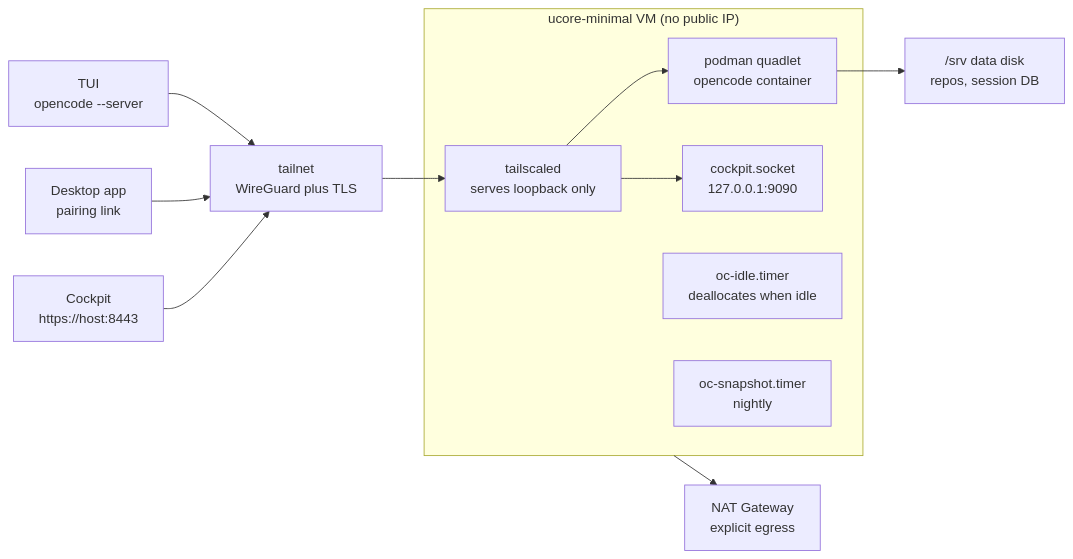
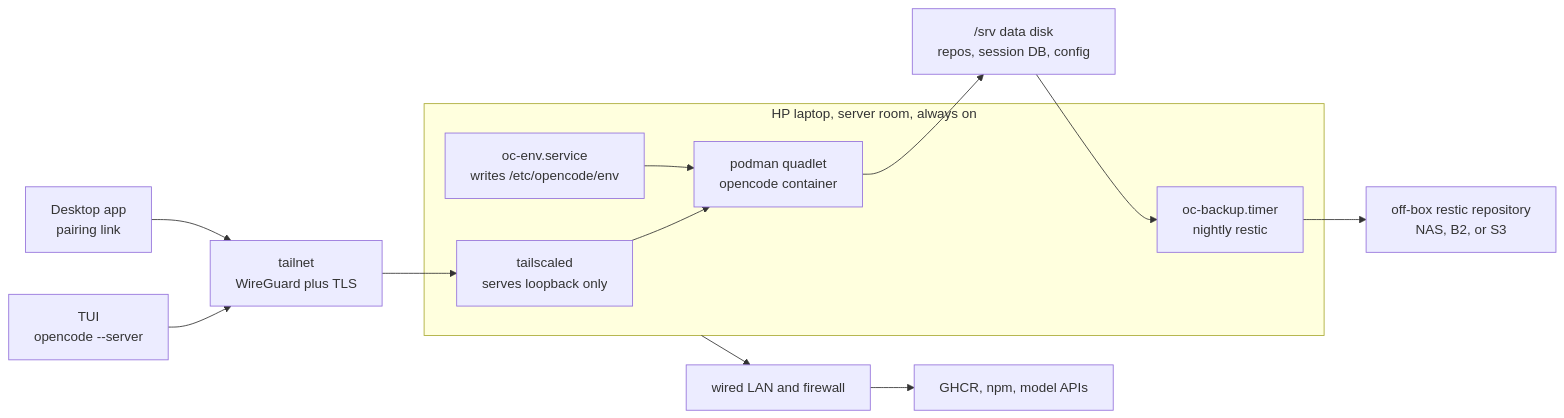
One commit to ultus-net/devbox-oc changed the diagram in README.md. Above: the diagram before and after it, drawn with Mermaid. The commit also changed other lines of this file and 82 other files, not shown here.

````diff
--- a/README.md
+++ b/README.md
@@ -17,18 +22,19 @@
 ```mermaid
 flowchart LR
   TUI["TUI<br/>opencode --server"] --> TN
   DESK["Desktop app<br/>pairing link"] --> TN
-  COCK["Cockpit<br/>https://host:8443"] --> TN
   TN["tailnet<br/>WireGuard plus TLS"] --> HOST
-  subgraph VM["ucore-minimal VM (no public IP)"]
+  subgraph BOX["HP laptop, server room, always on"]
     HOST["tailscaled<br/>serves loopback only"]
     Q["podman quadlet<br/>opencode container"]
-    CP["cockpit.socket<br/>127.0.0.1:9090"]
-    IDLE["oc-idle.timer<br/>deallocates when idle"]
-    SN["oc-snapshot.timer<br/>nightly"]
+    ENV["oc-env.service<br/>writes /etc/opencode/env"]
+    BK["oc-backup.timer<br/>nightly restic"]
     HOST --> Q
-    HOST --> CP
+    ENV --> Q
   end
-  Q --> DD["/srv data disk<br/>repos, session DB"]
-  VM --> NAT["NAT Gateway<br/>explicit egress"]
+  Q --> DD["/srv data disk<br/>repos, session DB, config"]
+  DD --> BK
+  BK --> OFF["off-box restic repository<br/>NAS, B2, or S3"]
+  BOX --> LAN["wired LAN and firewall"]
+  LAN --> NET["GHCR, npm, model APIs"]
 ```
````
